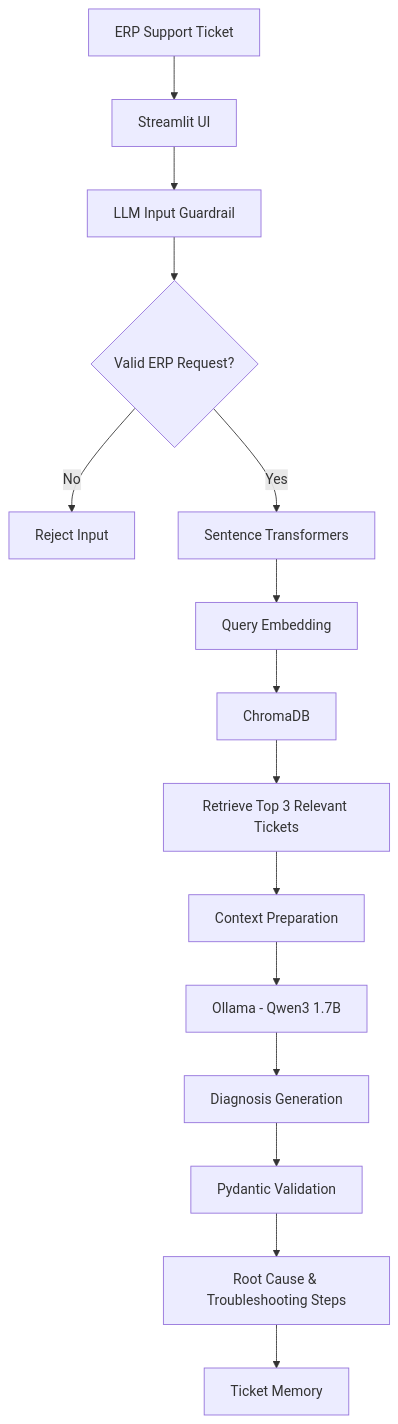
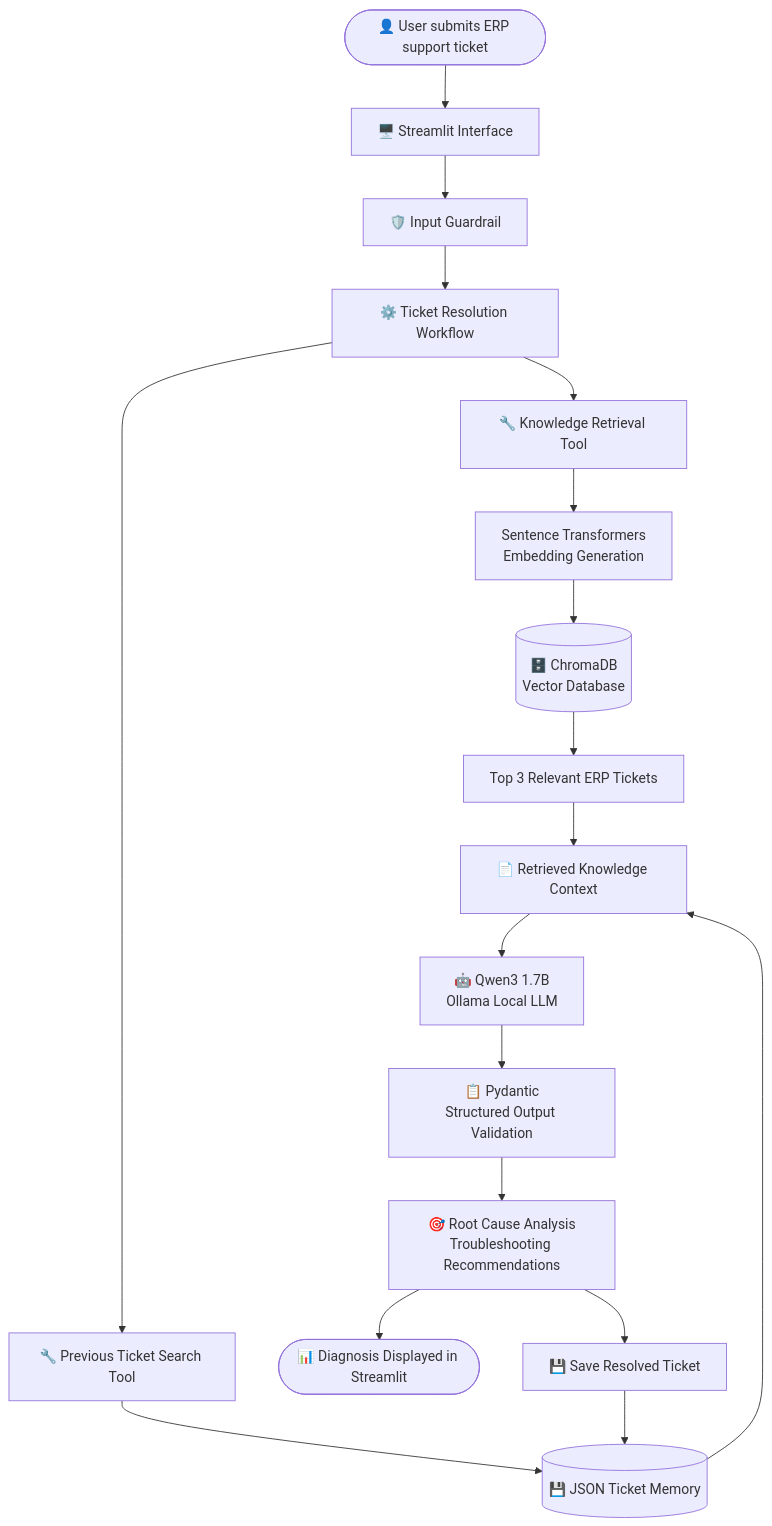
Before and after one commit to Ananth30102004/AI-ERP-Ticket-Resolver: the diagram in README.md, drawn with Mermaid. The commit also changed other lines of this file and 2 other files, not shown here.

Commit message:
Update Workflow

````diff
--- a/README.md
+++ b/README.md
@@ -21,17 +25,30 @@
 ```mermaid
 flowchart TD
-    A["ERP Support Ticket"] --> B["Streamlit UI"]
-    B --> C["LLM Input Guardrail"]
-    C --> D{"Valid ERP Request?"}
-    D -->|No| E["Reject Input"]
-    D -->|Yes| F["Sentence Transformers"]
-    F --> G["Query Embedding"]
-    G --> H["ChromaDB"]
-    H --> I["Retrieve Top 3 Relevant Tickets"]
-    I --> J["Context Preparation"]
-    J --> K["Ollama - Qwen3 1.7B"]
-    K --> L["Diagnosis Generation"]
-    L --> M["Pydantic Validation"]
-    M --> N["Root Cause & Troubleshooting Steps"]
-    N --> O["Ticket Memory"]
+    A(["👤 User submits ERP support ticket"])
+    --> B["🖥️ Streamlit Interface"]
+
+    B --> C["🛡️ Input Guardrail"]
+    C --> D["⚙️ Ticket Resolution Workflow"]
+
+    D --> E["🔧 Knowledge Retrieval Tool"]
+    D --> F["🔧 Previous Ticket Search Tool"]
+
+    E --> G["Sentence Transformers<br/>Embedding Generation"]
+    G --> H[("🗄️ ChromaDB<br/>Vector Database")]
+    H --> I["Top 3 Relevant ERP Tickets"]
+
+    F --> J[("💾 JSON Ticket Memory")]
+
+    I --> K["📄 Retrieved Knowledge Context"]
+    J --> K
+
+    K --> L["🤖 Qwen3 1.7B<br/>Ollama Local LLM"]
+
+    L --> M["📋 Pydantic<br/>Structured Output Validation"]
+
+    M --> N["🎯 Root Cause Analysis<br/>Troubleshooting Recommendations"]
+
+    N --> O(["📊 Diagnosis Displayed in Streamlit"])
+    N --> P["💾 Save Resolved Ticket"]
+    P --> J
 ```
````
